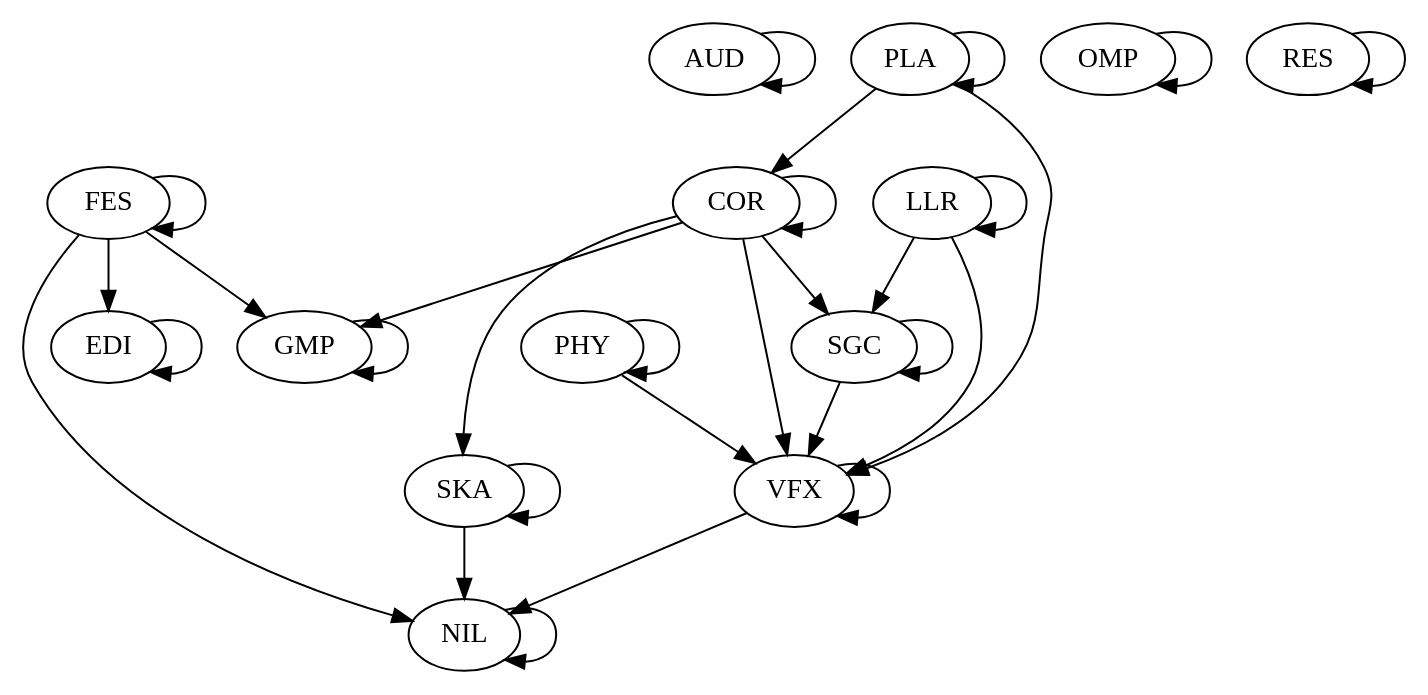
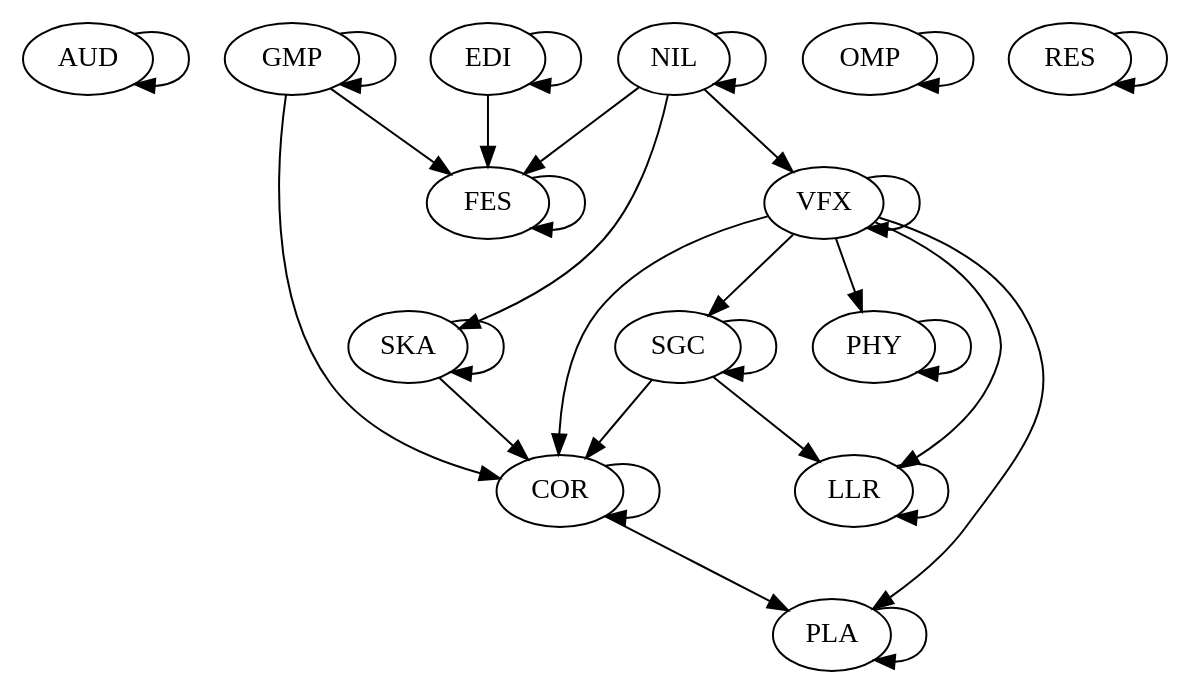
Before and after one commit to gamedev-studies/game-engine-analyser: the diagram in 6_architectural_map_gen/outputs/cocos2dx.dot, drawn with Graphviz. The commit also changed 9 other files, not shown here.

```diff
--- a/6_architectural_map_gen/outputs/cocos2dx.dot
+++ b/6_architectural_map_gen/outputs/cocos2dx.dot
@@ -1,31 +1,31 @@
 digraph "source tree" {
 	"AUD" -> "AUD"
 	"COR" -> "COR"
-	"PLA" -> "COR"
+	"COR" -> "PLA"
 	"EDI" -> "EDI"
-	"FES" -> "EDI"
+	"EDI" -> "FES"
 	"FES" -> "FES"
-	"COR" -> "GMP"
-	"FES" -> "GMP"
+	"GMP" -> "COR"
+	"GMP" -> "FES"
 	"GMP" -> "GMP"
 	"LLR" -> "LLR"
-	"FES" -> "NIL"
+	"NIL" -> "FES"
 	"NIL" -> "NIL"
-	"SKA" -> "NIL"
-	"VFX" -> "NIL"
+	"NIL" -> "SKA"
+	"NIL" -> "VFX"
 	"OMP" -> "OMP"
 	"PHY" -> "PHY"
 	"PLA" -> "PLA"
 	"RES" -> "RES"
-	"COR" -> "SGC"
-	"LLR" -> "SGC"
+	"SGC" -> "COR"
+	"SGC" -> "LLR"
 	"SGC" -> "SGC"
-	"COR" -> "SKA"
+	"SKA" -> "COR"
 	"SKA" -> "SKA"
-	"COR" -> "VFX"
-	"LLR" -> "VFX"
-	"PHY" -> "VFX"
-	"PLA" -> "VFX"
-	"SGC" -> "VFX"
+	"VFX" -> "COR"
+	"VFX" -> "LLR"
+	"VFX" -> "PHY"
+	"VFX" -> "PLA"
+	"VFX" -> "SGC"
 	"VFX" -> "VFX"
 }
```
